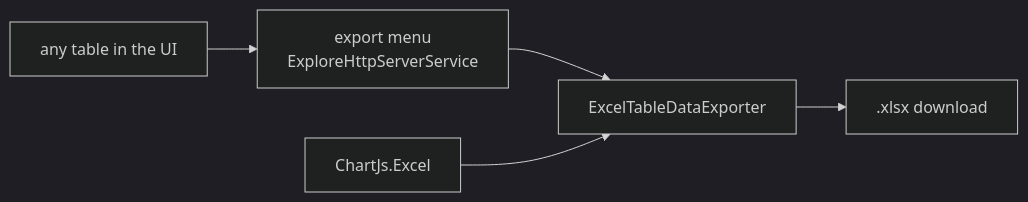
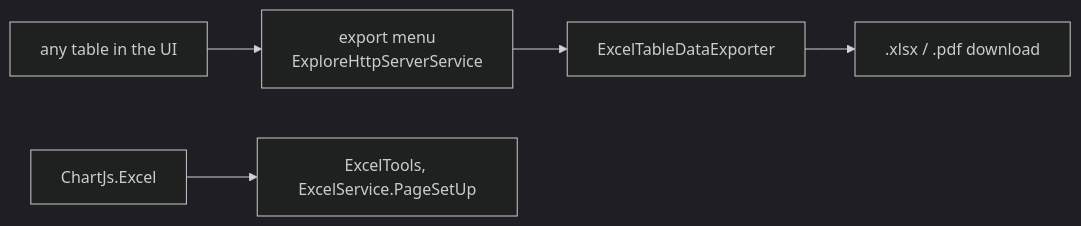
One commit to dosh1974/SysWeaver changed the diagram in SysWeaver.Excel/README.md. Above: the diagram before and after it, drawn with Mermaid (dark theme). The commit also changed other lines of this file and 532 other files, not shown here.

````diff
--- a/SysWeaver.Excel/README.md
+++ b/SysWeaver.Excel/README.md
@@ -18,7 +18,7 @@
 ```mermaid
 flowchart LR
   Table["any table in the UI"] --> Exp["export menu<br/>ExploreHttpServerService"]
   Exp --> XL["ExcelTableDataExporter"]
-  XL --> File[".xlsx download"]
-  Charts["ChartJs.Excel"] --> XL
+  XL --> File[".xlsx / .pdf download"]
+  Charts["ChartJs.Excel"] --> Tools["ExcelTools, ExcelService.PageSetUp"]
 ```
````
